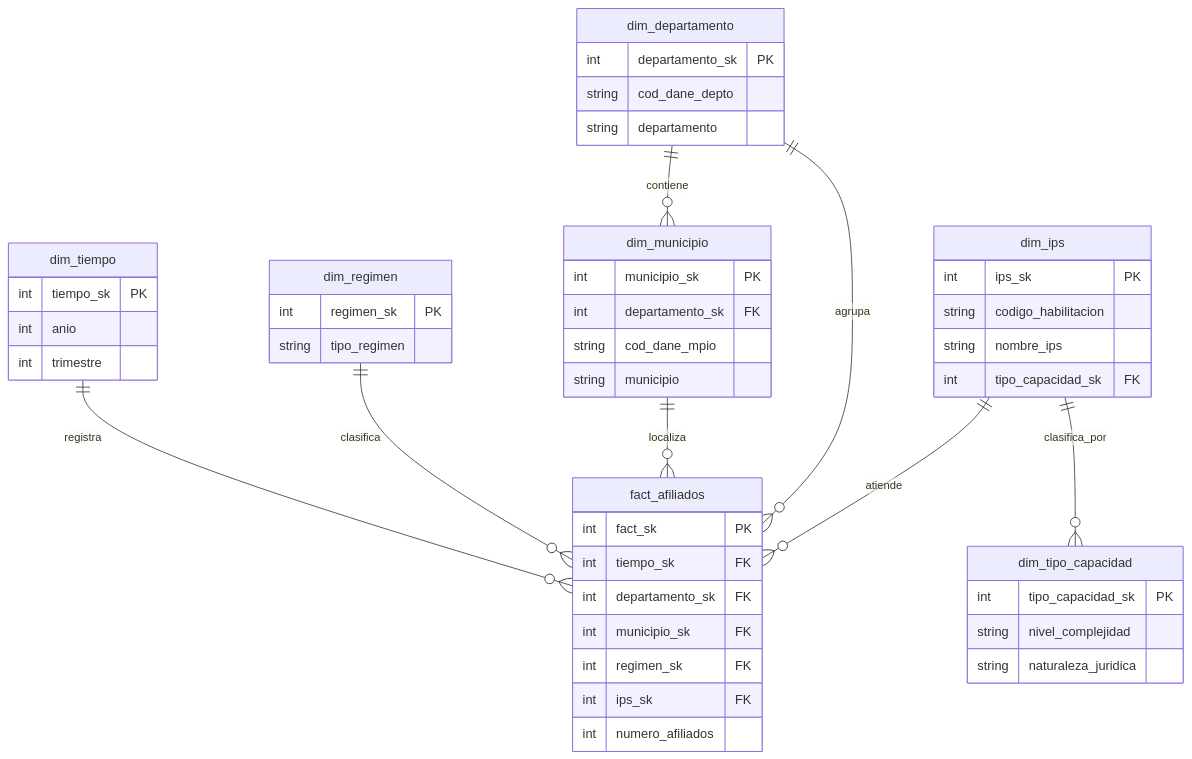
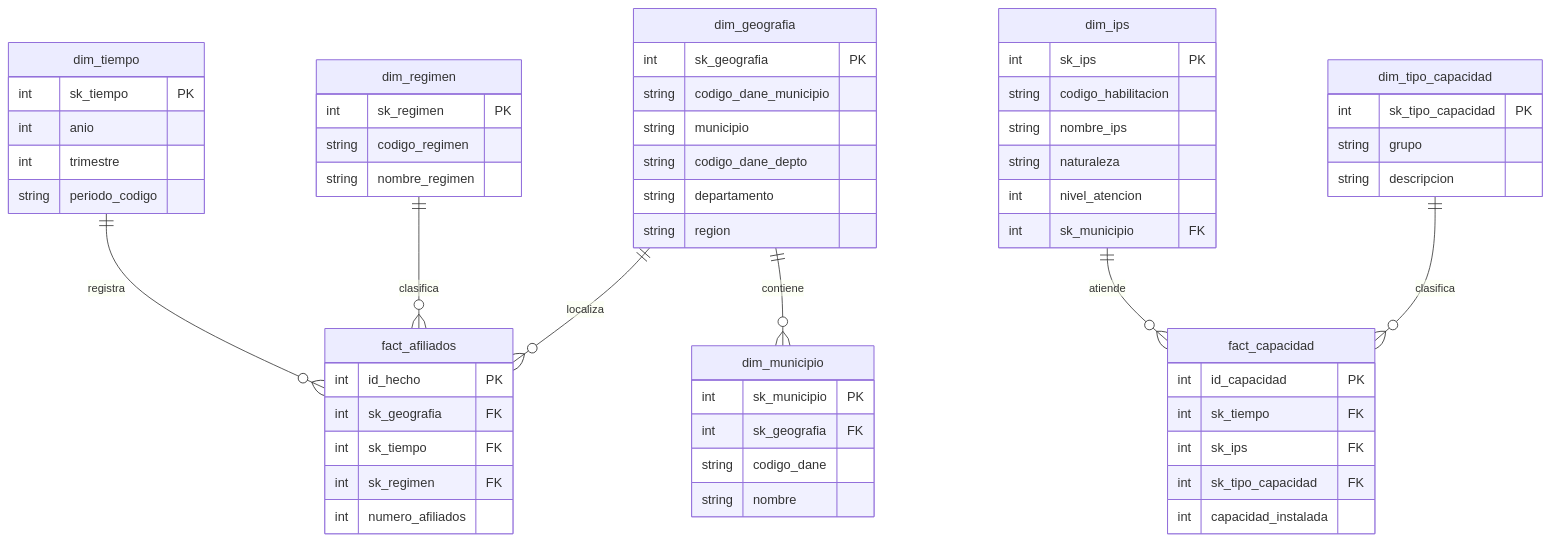
One commit to driosoft-pro/etl-2026-2-ods3-salud changed the diagram in README.md. Above: the diagram before and after it, drawn with Mermaid. The commit also changed other lines of this file, not shown here.

````diff
--- a/README.md
+++ b/README.md
@@ -59,57 +96,69 @@
 ``` mermaid
 erDiagram
     dim_tiempo ||--o{ fact_afiliados : registra
     dim_regimen ||--o{ fact_afiliados : clasifica
-    dim_municipio ||--o{ fact_afiliados : localiza
-    dim_departamento ||--o{ fact_afiliados : agrupa
-    dim_departamento ||--o{ dim_municipio : contiene
-    dim_ips ||--o{ fact_afiliados : atiende
-    dim_ips ||--o{ dim_tipo_capacidad : clasifica_por
+    dim_geografia ||--o{ fact_afiliados : localiza
+    dim_geografia ||--o{ dim_municipio : contiene
+    dim_ips ||--o{ fact_capacidad : atiende
+    dim_tipo_capacidad ||--o{ fact_capacidad : clasifica
 
     fact_afiliados {
-        int fact_sk PK
-        int tiempo_sk FK
-        int departamento_sk FK
-        int municipio_sk FK
-        int regimen_sk FK
-        int ips_sk FK
+        int id_hecho PK
+        int sk_geografia FK
+        int sk_tiempo FK
+        int sk_regimen FK
         int numero_afiliados
     }
 
+    fact_capacidad {
+        int id_capacidad PK
+        int sk_tiempo FK
+        int sk_ips FK
+        int sk_tipo_capacidad FK
+        int capacidad_instalada
+    }
+
     dim_tiempo {
-        int tiempo_sk PK
+        int sk_tiempo PK
         int anio
         int trimestre
+        string periodo_codigo
     }
 
-    dim_departamento {
-        int departamento_sk PK
-        string cod_dane_depto
+    dim_geografia {
+        int sk_geografia PK
+        string codigo_dane_municipio
+        string municipio
+        string codigo_dane_depto
         string departamento
+        string region
     }
 
     dim_municipio {
-        int municipio_sk PK
-        int departamento_sk FK
-        string cod_dane_mpio
-        string municipio
+        int sk_municipio PK
+        int sk_geografia FK
+        string codigo_dane
+        string nombre
     }
 
     dim_regimen {
-        int regimen_sk PK
-        string tipo_regimen
+        int sk_regimen PK
+        string codigo_regimen
+        string nombre_regimen
     }
 
     dim_ips {
-        int ips_sk PK
+        int sk_ips PK
         string codigo_habilitacion
         string nombre_ips
-        int tipo_capacidad_sk FK
+        string naturaleza
+        int nivel_atencion
+        int sk_municipio FK
     }
 
     dim_tipo_capacidad {
-        int tipo_capacidad_sk PK
-        string nivel_complejidad
-        string naturaleza_juridica
+        int sk_tipo_capacidad PK
+        string grupo
+        string descripcion
     }
 ```
````
